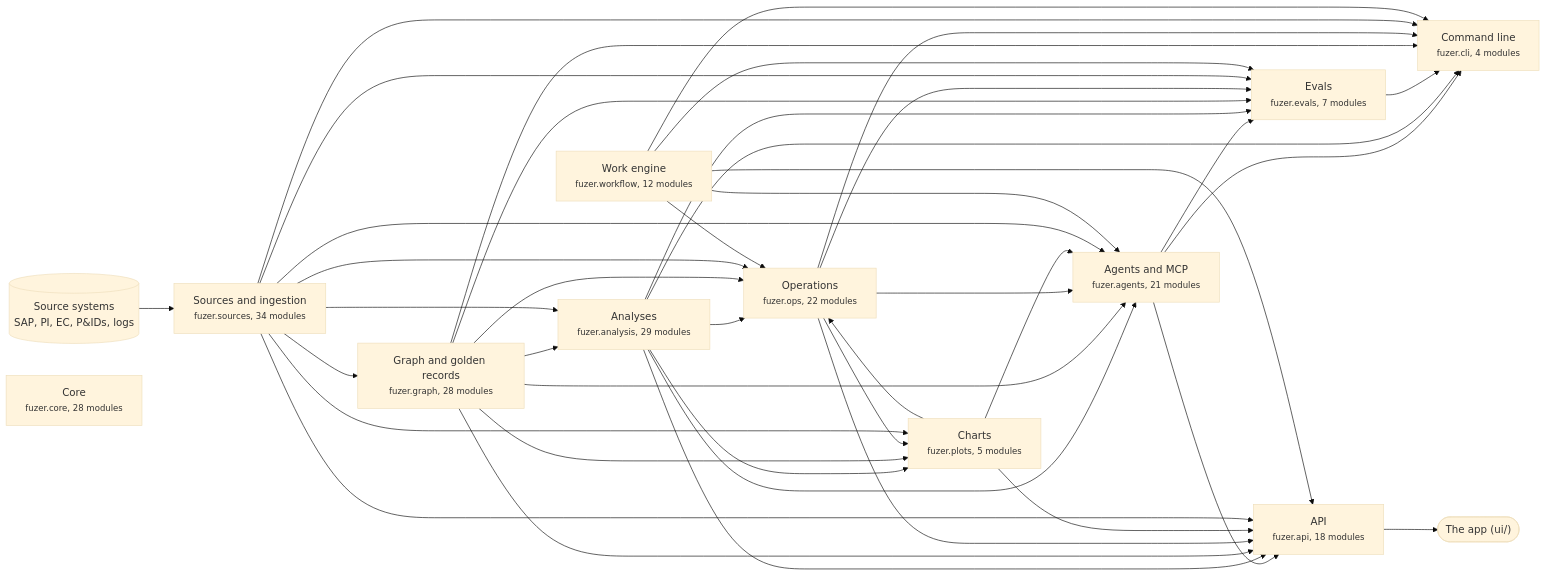
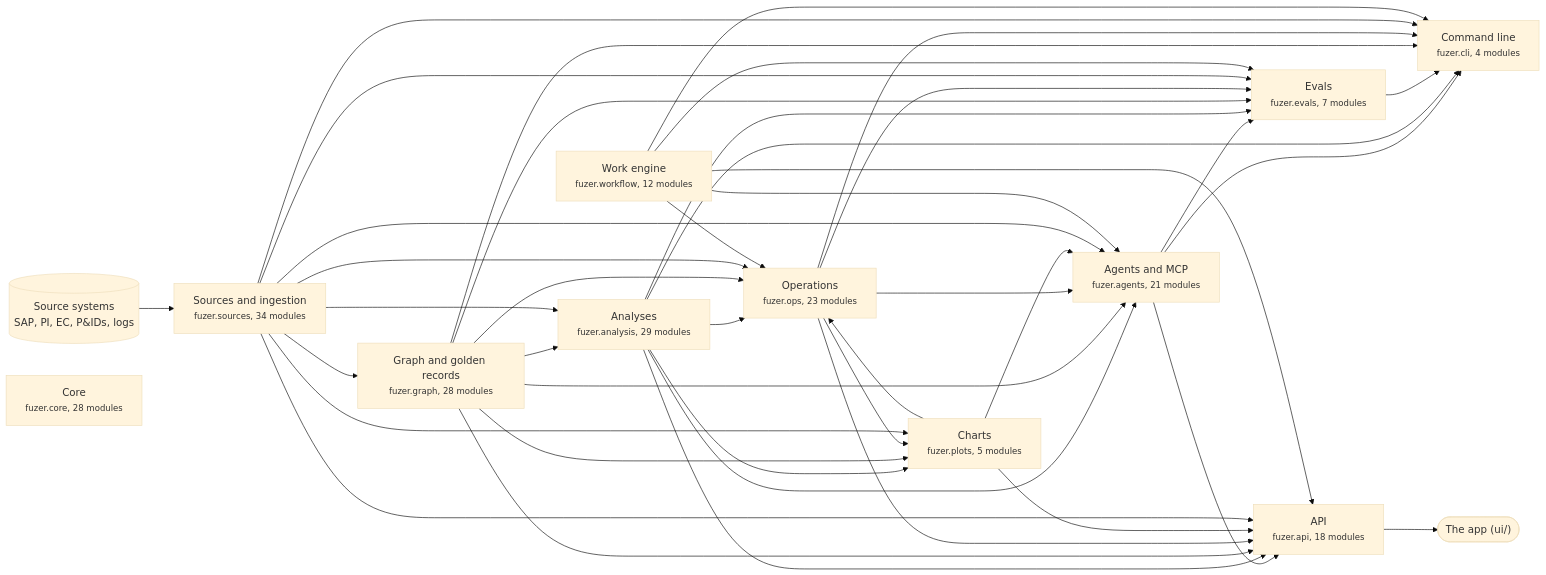
One commit to areed145/fuzer changed the first of 3 diagrams in docs/architecture.md. Above: the diagram before and after it, drawn with Mermaid (base theme). The commit also changed other lines of this file and 16 other files, not shown here.

````diff
--- a/docs/architecture.md
+++ b/docs/architecture.md
@@ -8,66 +8,66 @@
 ```mermaid
 flowchart LR
   systems[("Source systems<br>SAP, PI, EC, P&IDs, logs")] --> c_sources
   app(["The app (ui/)"])
   c_api --> app
   c_sources["Sources and ingestion<br><small>fuzer.sources, 34 modules</small>"]
   c_graph["Graph and golden records<br><small>fuzer.graph, 28 modules</small>"]
   c_analysis["Analyses<br><small>fuzer.analysis, 29 modules</small>"]
-  c_ops["Operations<br><small>fuzer.ops, 22 modules</small>"]
+  c_ops["Operations<br><small>fuzer.ops, 23 modules</small>"]
   c_plots["Charts<br><small>fuzer.plots, 5 modules</small>"]
   c_workflow["Work engine<br><small>fuzer.workflow, 12 modules</small>"]
   c_agents["Agents and MCP<br><small>fuzer.agents, 21 modules</small>"]
   c_evals["Evals<br><small>fuzer.evals, 7 modules</small>"]
   c_api["API<br><small>fuzer.api, 18 modules</small>"]
   c_cli["Command line<br><small>fuzer.cli, 4 modules</small>"]
   c_core["Core<br><small>fuzer.core, 28 modules</small>"]
   c_sources --> c_graph
   c_graph --> c_analysis
   c_sources --> c_analysis
   c_analysis --> c_ops
   c_graph --> c_ops
   c_plots --> c_ops
   c_sources --> c_ops
   c_workflow --> c_ops
   c_analysis --> c_plots
   c_graph --> c_plots
   c_ops --> c_plots
   c_sources --> c_plots
   c_analysis --> c_agents
   c_graph --> c_agents
   c_ops --> c_agents
   c_plots --> c_agents
   c_sources --> c_agents
   c_workflow --> c_agents
   c_agents --> c_evals
   c_analysis --> c_evals
   c_graph --> c_evals
   c_ops --> c_evals
   c_sources --> c_evals
   c_workflow --> c_evals
   c_agents --> c_api
   c_analysis --> c_api
   c_graph --> c_api
   c_ops --> c_api
   c_plots --> c_api
   c_sources --> c_api
   c_workflow --> c_api
   c_agents --> c_cli
   c_analysis --> c_cli
   c_evals --> c_cli
   c_graph --> c_cli
   c_ops --> c_cli
   c_sources --> c_cli
   c_workflow --> c_cli
   click c_sources "https://github.com/areed145/fuzer/tree/main/src/fuzer/sources"
   click c_graph "https://github.com/areed145/fuzer/tree/main/src/fuzer/graph"
   click c_analysis "https://github.com/areed145/fuzer/tree/main/src/fuzer/analysis"
   click c_ops "https://github.com/areed145/fuzer/tree/main/src/fuzer/ops"
   click c_plots "https://github.com/areed145/fuzer/tree/main/src/fuzer/plots"
   click c_workflow "https://github.com/areed145/fuzer/tree/main/src/fuzer/workflow"
   click c_agents "https://github.com/areed145/fuzer/tree/main/src/fuzer/agents"
   click c_evals "https://github.com/areed145/fuzer/tree/main/src/fuzer/evals"
   click c_api "https://github.com/areed145/fuzer/tree/main/src/fuzer/api"
   click c_cli "https://github.com/areed145/fuzer/tree/main/src/fuzer/cli"
   click c_core "https://github.com/areed145/fuzer/tree/main/src/fuzer/core"
 ```
````
